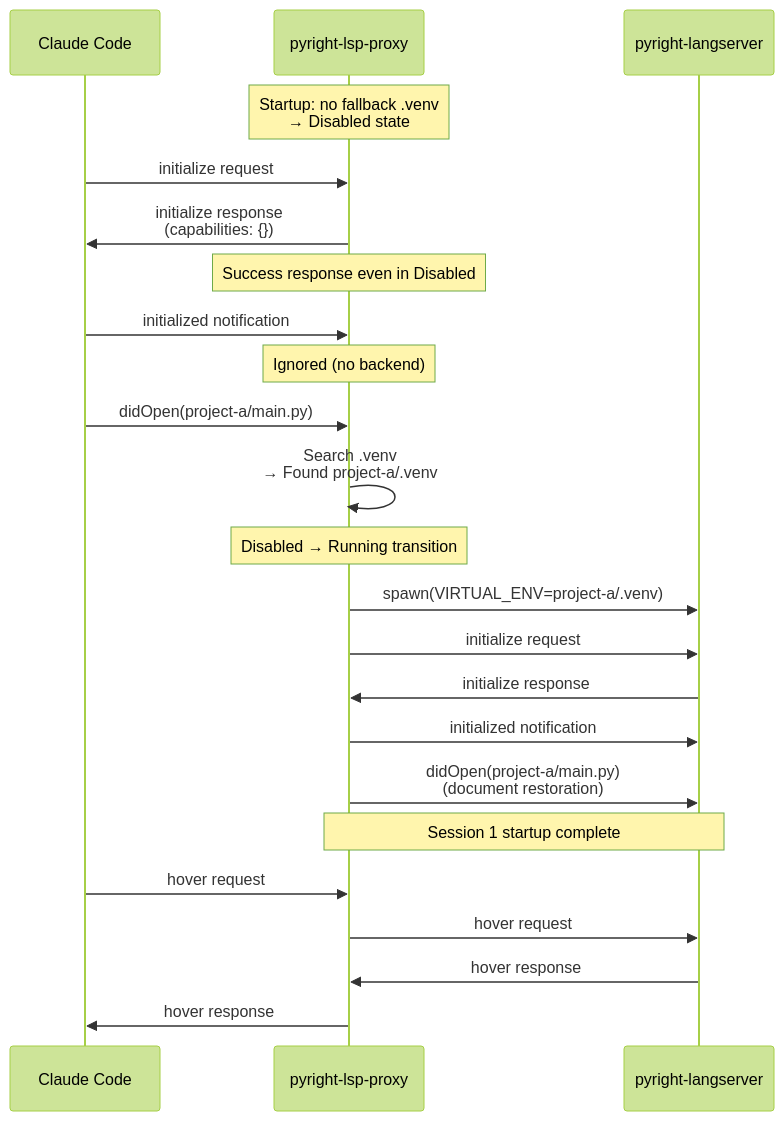
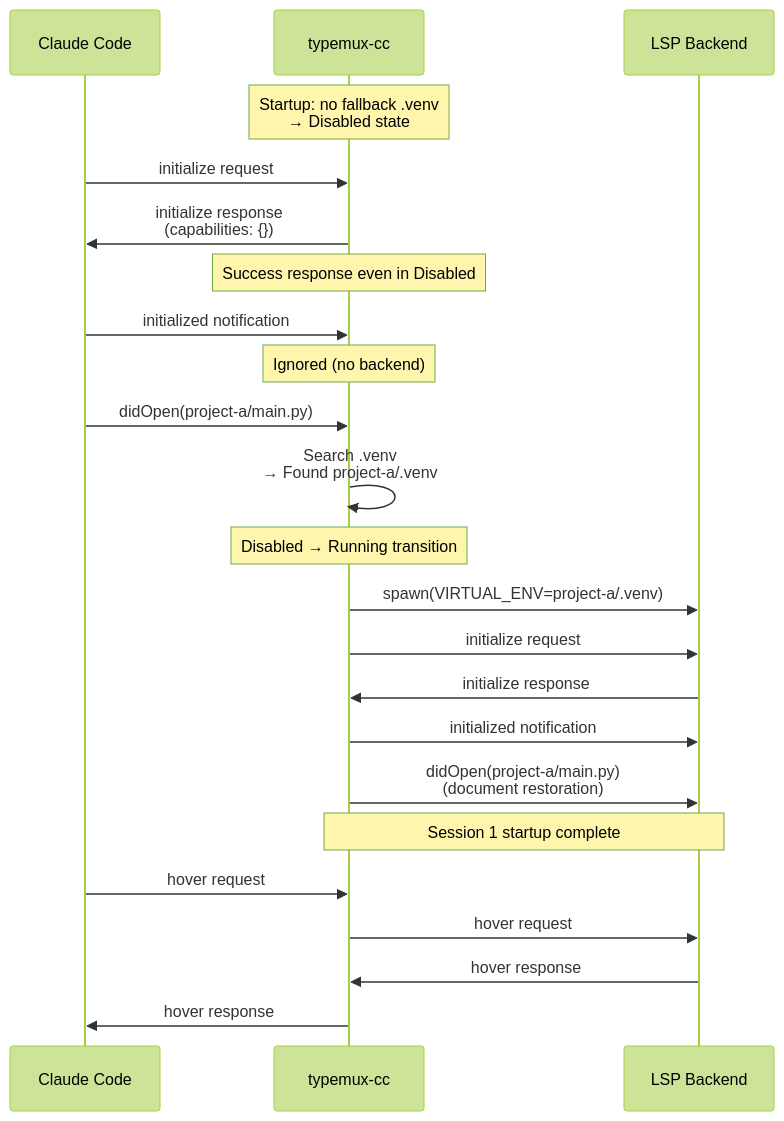
The third of 6 diagrams in ARCHITECTURE.md (K-dash/typemux-cc), drawn with Mermaid (forest theme) before and after one commit. The commit also changed other lines of this file and 14 other files, not shown here.

First line of the commit message:
rename: pyright-lsp-proxy → typemux-cc

````diff
--- a/ARCHITECTURE.md
+++ b/ARCHITECTURE.md
@@ -133,32 +133,33 @@
 ```mermaid
 sequenceDiagram
     participant Client as Claude Code
-    participant Proxy as pyright-lsp-proxy
-    participant Backend as pyright-langserver
+    participant Proxy as typemux-cc
+    participant Backend as LSP Backend
 
     Note over Proxy: Startup: no fallback .venv<br/>→ Disabled state
 
     Client->>Proxy: initialize request
     Proxy->>Client: initialize response<br/>(capabilities: {})
     Note over Proxy: Success response even in Disabled
 
     Client->>Proxy: initialized notification
     Note over Proxy: Ignored (no backend)
 
     Client->>Proxy: didOpen(project-a/main.py)
     Proxy->>Proxy: Search .venv<br/>→ Found project-a/.venv
     Note over Proxy: Disabled → Running transition
 
     Proxy->>Backend: spawn(VIRTUAL_ENV=project-a/.venv)
     Proxy->>Backend: initialize request
     Backend->>Proxy: initialize response
     Proxy->>Backend: initialized notification
     Proxy->>Backend: didOpen(project-a/main.py)<br/>(document restoration)
 
+
     Note over Proxy,Backend: Session 1 startup complete
 
     Client->>Proxy: hover request
     Proxy->>Backend: hover request
     Backend->>Proxy: hover response
     Proxy->>Client: hover response
 ```
````
